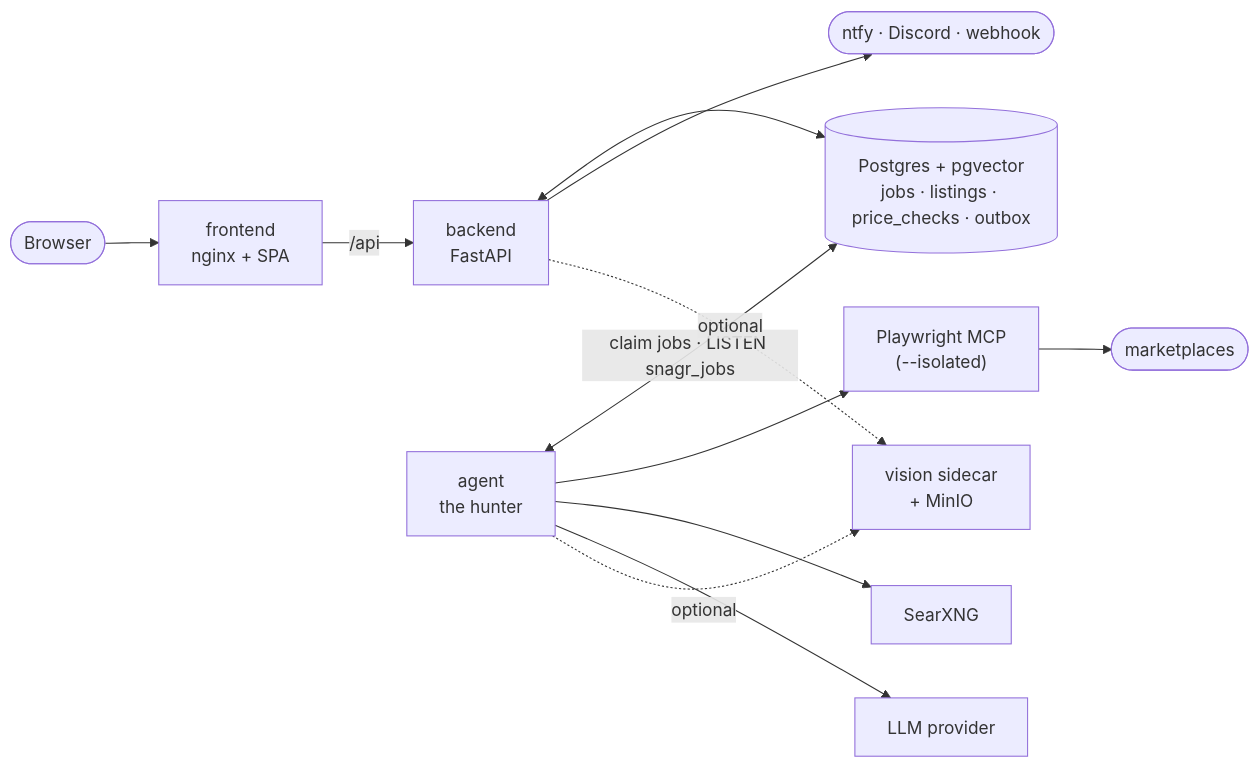
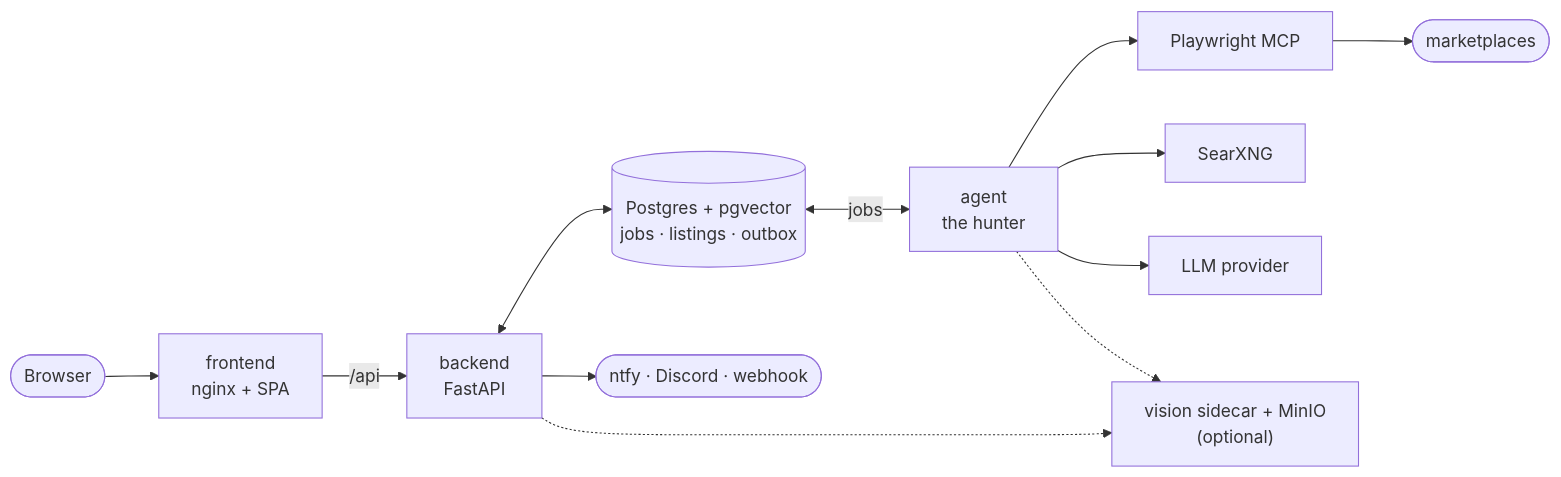
One commit to oldmoldycake/Snagr changed the diagram in README.md. Above: the diagram before and after it, drawn with Mermaid.

Commit message:
docs: untangle the README's architecture diagram
Drop the overlapping edge labels and use the pipe-label form for the one
bidirectional edge; checked by rendering with mermaid-cli.

Claude-Session: https://claude.ai/code/session_01MTMTGDJN2pqiHBh65rUXC5

````diff
--- a/README.md
+++ b/README.md
@@ -51,13 +51,13 @@
 ```mermaid
 flowchart LR
     browser([Browser]) --> frontend["frontend<br/>nginx + SPA"]
     frontend -- "/api" --> backend["backend<br/>FastAPI"]
-    backend <--> db[("Postgres + pgvector<br/>jobs · listings · price_checks · outbox")]
-    agent["agent<br/>the hunter"] <-- "claim jobs · LISTEN snagr_jobs" --> db
-    agent --> mcp["Playwright MCP<br/>(--isolated)"] --> sites(["marketplaces"])
+    backend <--> db[("Postgres + pgvector<br/>jobs · listings · outbox")]
+    db <-->|jobs| agent["agent<br/>the hunter"]
+    backend --> push(["ntfy · Discord · webhook"])
+    agent --> mcp["Playwright MCP"] --> sites(["marketplaces"])
     agent --> searx["SearXNG"]
     agent --> llm["LLM provider"]
-    backend --> push(["ntfy · Discord · webhook"])
-    agent -. optional .-> vision["vision sidecar<br/>+ MinIO"]
-    backend -. optional .-> vision
+    agent -.-> vision["vision sidecar + MinIO<br/>(optional)"]
+    backend -.-> vision
 ```
````
